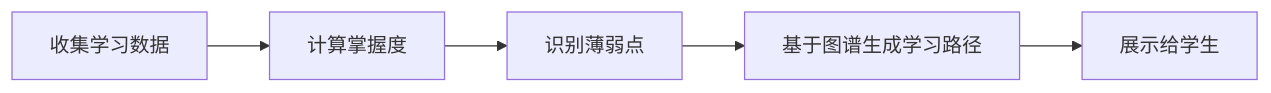
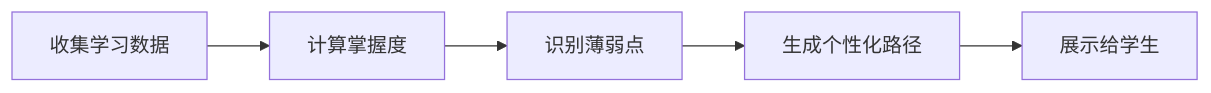
Before and after one commit to guoyc666/aicourse: the tenth of 11 diagrams in docs/详细设计说明书.md, drawn with Mermaid. The commit also changed other lines of this file and 12 other files, not shown here.

````diff
--- a/docs/详细设计说明书.md
+++ b/docs/详细设计说明书.md
@@ -385,7 +342,7 @@
    ```mermaid
    flowchart LR
        A[收集学习数据] --> B[计算掌握度]
        B --> C[识别薄弱点]
-       C --> D[基于图谱生成学习路径]
+       C --> D[生成个性化路径]
        D --> E[展示给学生]
    ```
````
